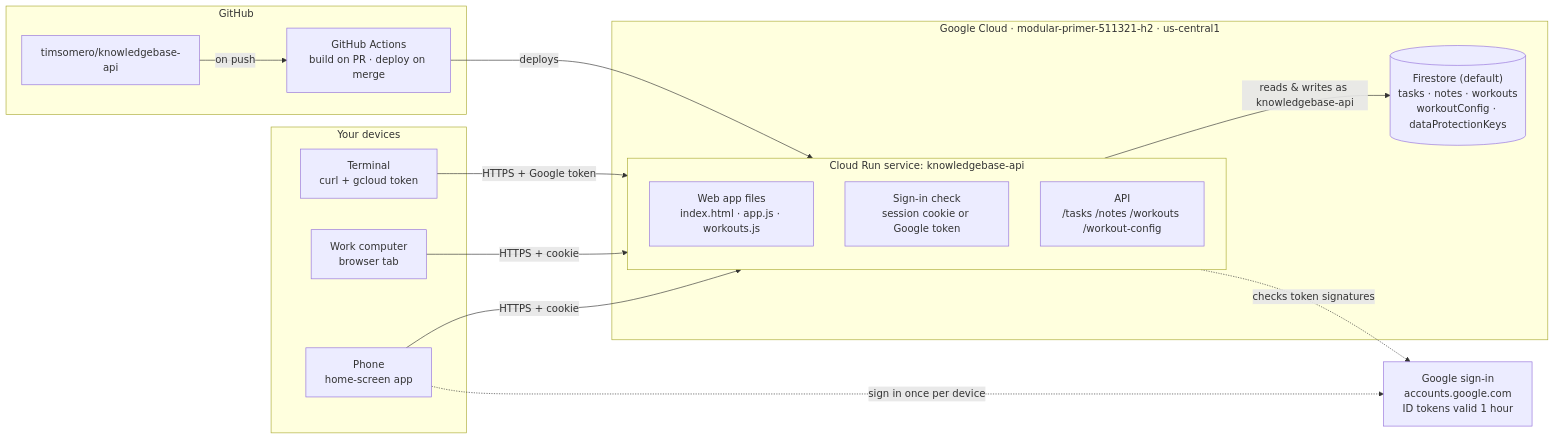
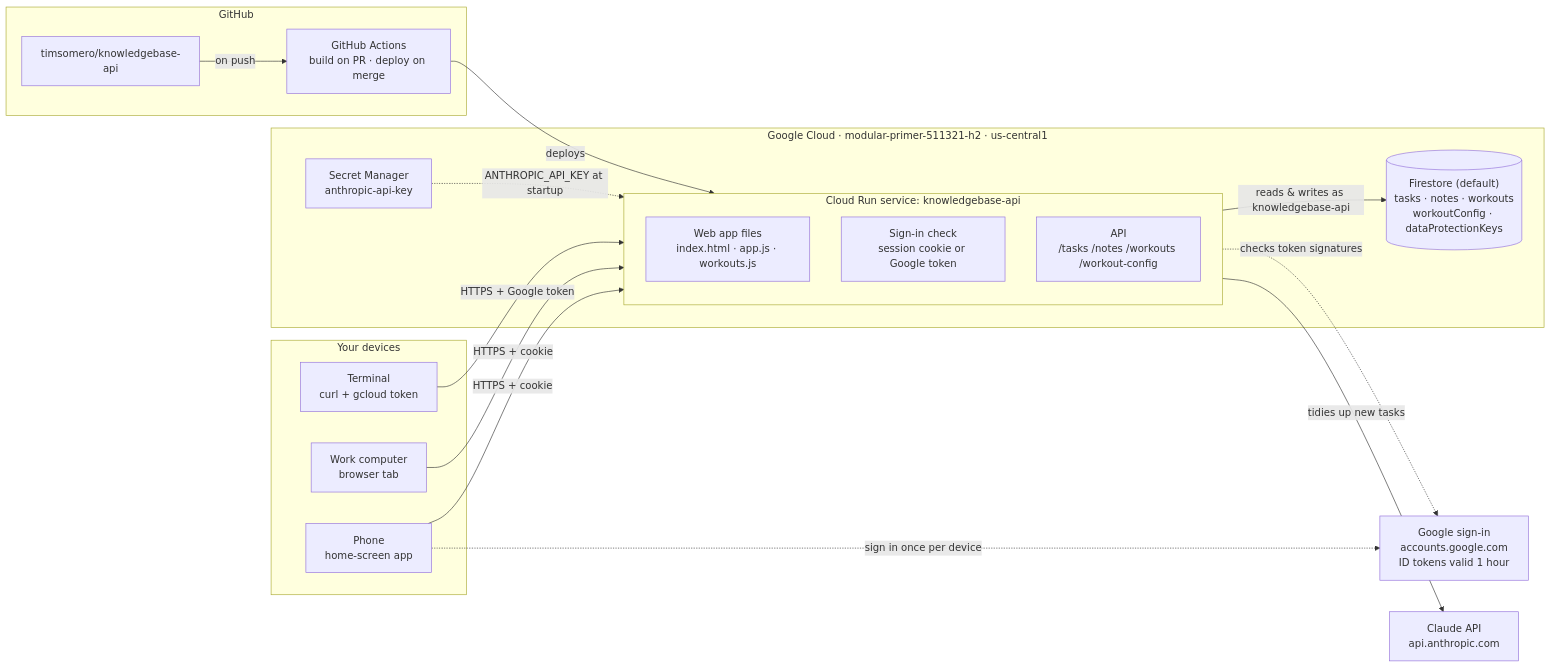
One commit to timsomero/knowledgebase-api changed the first of 5 diagrams in docs/architecture.md. Above: the diagram before and after it, drawn with Mermaid. The commit also changed other lines of this file and 1 other file, not shown here.

First line of the commit message:
Update architecture docs for the task tidy-up

````diff
--- a/docs/architecture.md
+++ b/docs/architecture.md
@@ -21,30 +23,34 @@
 ```mermaid
 flowchart LR
   subgraph devices["Your devices"]
     phone["Phone<br/>home-screen app"]
     work["Work computer<br/>browser tab"]
     term["Terminal<br/>curl + gcloud token"]
   end
   google["Google sign-in<br/>accounts.google.com<br/>ID tokens valid 1 hour"]
   subgraph gcp["Google Cloud · modular-primer-511321-h2 · us-central1"]
     subgraph run["Cloud Run service: knowledgebase-api"]
       web["Web app files<br/>index.html · app.js · workouts.js"]
       auth["Sign-in check<br/>session cookie or Google token"]
       api["API<br/>/tasks /notes /workouts /workout-config"]
     end
     fs[("Firestore (default)<br/>tasks · notes · workouts<br/>workoutConfig · dataProtectionKeys")]
+    sm["Secret Manager<br/>anthropic-api-key"]
   end
+  claude["Claude API<br/>api.anthropic.com"]
   subgraph gh["GitHub"]
     repo["timsomero/knowledgebase-api"]
     actions["GitHub Actions<br/>build on PR · deploy on merge"]
   end
 
   phone -- "HTTPS + cookie" --> run
   work -- "HTTPS + cookie" --> run
   term -- "HTTPS + Google token" --> run
   phone -.->|"sign in once per device"| google
   run -.->|"checks token signatures"| google
   run -- "reads & writes as knowledgebase-api" --> fs
+  sm -. "ANTHROPIC_API_KEY at startup" .-> run
+  run -- "tidies up new tasks" --> claude
   repo -- "on push" --> actions
   actions -- "deploys" --> run
 ```
````
